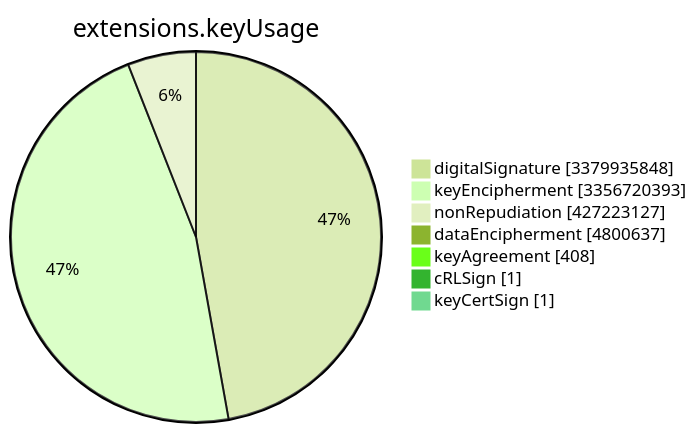
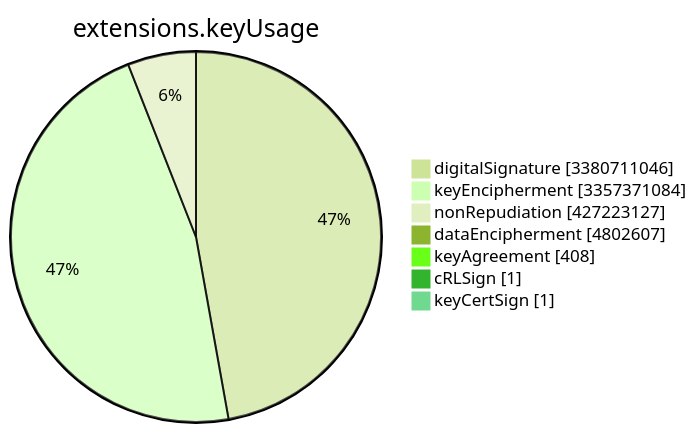
One commit to christiankrug/ctmonitor_visualization changed the sixth of 15 diagrams in TOTAL/README.md. Above: the diagram before and after it, drawn with Mermaid (forest theme). The commit also changed other lines of this file, not shown here.

````diff
--- a/TOTAL/README.md
+++ b/TOTAL/README.md
@@ -3079,11 +3079,11 @@
 ```mermaid
 pie showData
 title extensions.keyUsage
-"digitalSignature" :3379935848
-"keyEncipherment" :3356720393
+"digitalSignature" :3380711046
+"keyEncipherment" :3357371084
 "nonRepudiation" :427223127
-"dataEncipherment" :4800637
+"dataEncipherment" :4802607
 "keyAgreement" :408
 "cRLSign" :1
 "keyCertSign" :1
 ```
````
